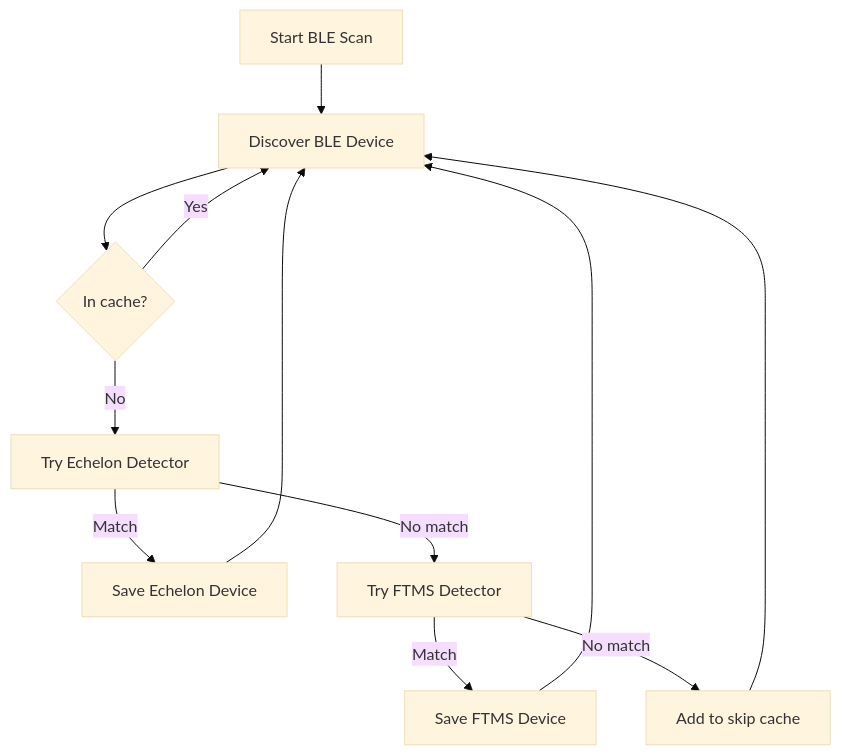
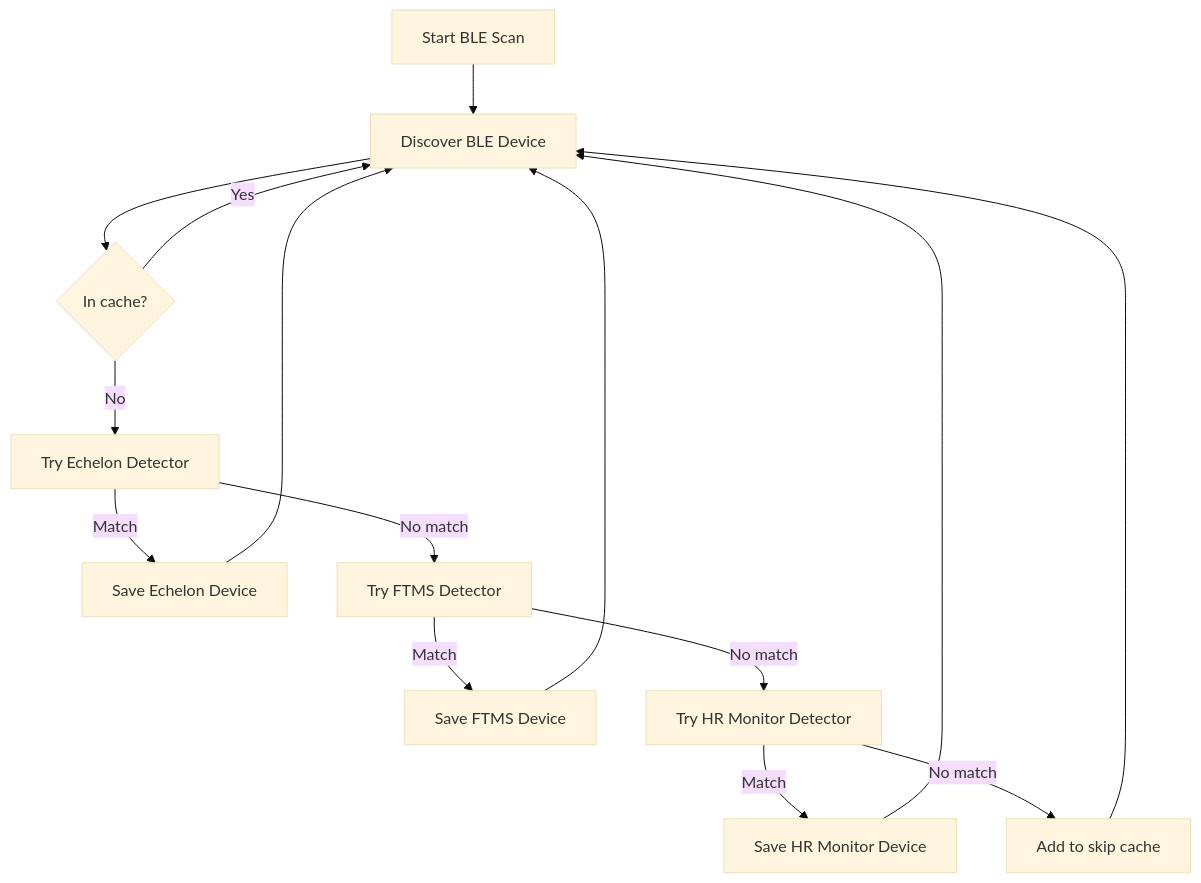
The third of 7 diagrams in docs/state-management.md (jackxuhong/free_ride), drawn with Mermaid (base theme) before and after one commit. The commit also changed other lines of this file and 20 other files, not shown here.

````diff
--- a/docs/state-management.md
+++ b/docs/state-management.md
@@ -115,14 +117,17 @@
 ```mermaid
 flowchart TD
     A[Start BLE Scan] --> B[Discover BLE Device]
     B --> C{In cache?}
     C -->|Yes| B
     C -->|No| D[Try Echelon Detector]
     D -->|Match| E[Save Echelon Device]
     D -->|No match| F[Try FTMS Detector]
     F -->|Match| G[Save FTMS Device]
-    F -->|No match| H[Add to skip cache]
+    F -->|No match| I[Try HR Monitor Detector]
+    I -->|Match| J[Save HR Monitor Device]
+    I -->|No match| H[Add to skip cache]
     E --> B
     G --> B
+    J --> B
     H --> B
 ```
````
